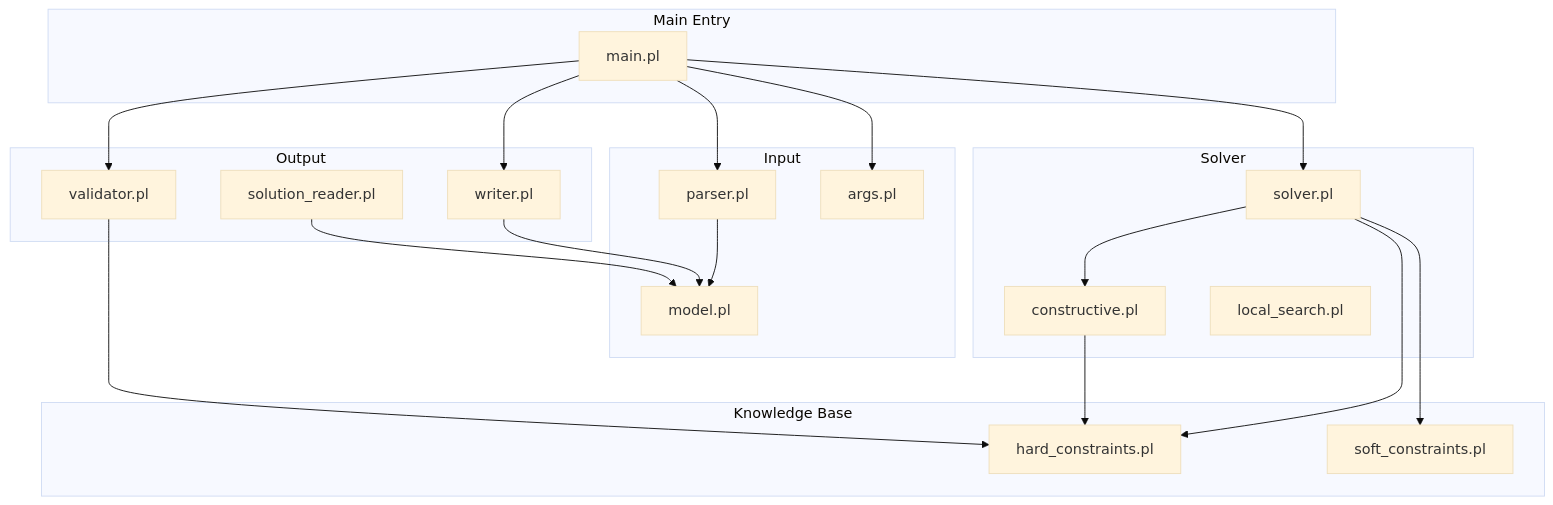
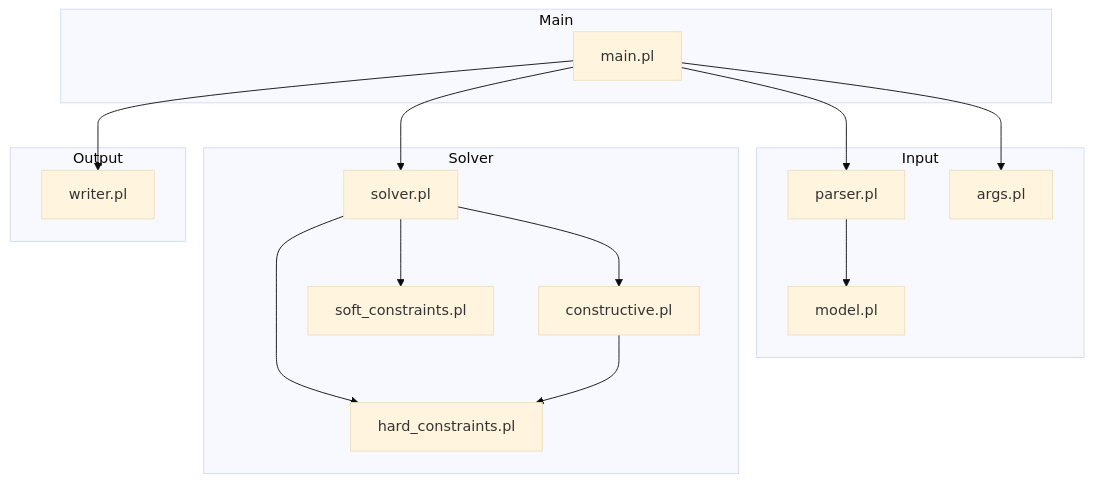
Before and after one commit to xenobinary/itc2007-timetabling: the second of 2 diagrams in docs/PROJECT_DOCUMENTATION.md, drawn with Mermaid (base theme). The commit also changed other lines of this file and 18 other files, not shown here.

````diff
--- a/docs/PROJECT_DOCUMENTATION.md
+++ b/docs/PROJECT_DOCUMENTATION.md
@@ -35,45 +25,33 @@
 ```mermaid
 flowchart TB
-    subgraph "Main Entry"
-        M1[main.pl]
+    subgraph Main
+        M[main.pl]
     end
 
-    subgraph "Input"
-        P1[parser.pl]
-        M2[model.pl]
-        A1[args.pl]
+    subgraph Input
+        P[parser.pl]
+        MD[model.pl]
+        A[args.pl]
     end
 
-    subgraph "Solver"
-        S1[solver.pl]
-        S2[constructive.pl]
-        S3[local_search.pl]
-    end
-
-    subgraph "Knowledge Base"
+    subgraph Solver
+        S[solver.pl]
+        C[constructive.pl]
         HC[hard_constraints.pl]
         SC[soft_constraints.pl]
     end
 
-    subgraph "Output"
+    subgraph Output
         W[writer.pl]
-        V[validator.pl]
-        SR[solution_reader.pl]
     end
 
-    M1 --> P1
-    M1 --> A1
-    M1 --> S1
-    M1 --> W
-    M1 --> V
-    
-    P1 --> M2
-    S1 --> S2
-    S1 --> HC
-    S1 --> SC
-    S2 --> HC
-    V --> HC
-    
-    W --> M2
-    SR --> M2
+    M --> A
+    M --> P
+    M --> S
+    M --> W
+    P --> MD
+    S --> C
+    S --> HC
+    S --> SC
+    C --> HC
 ```
````
